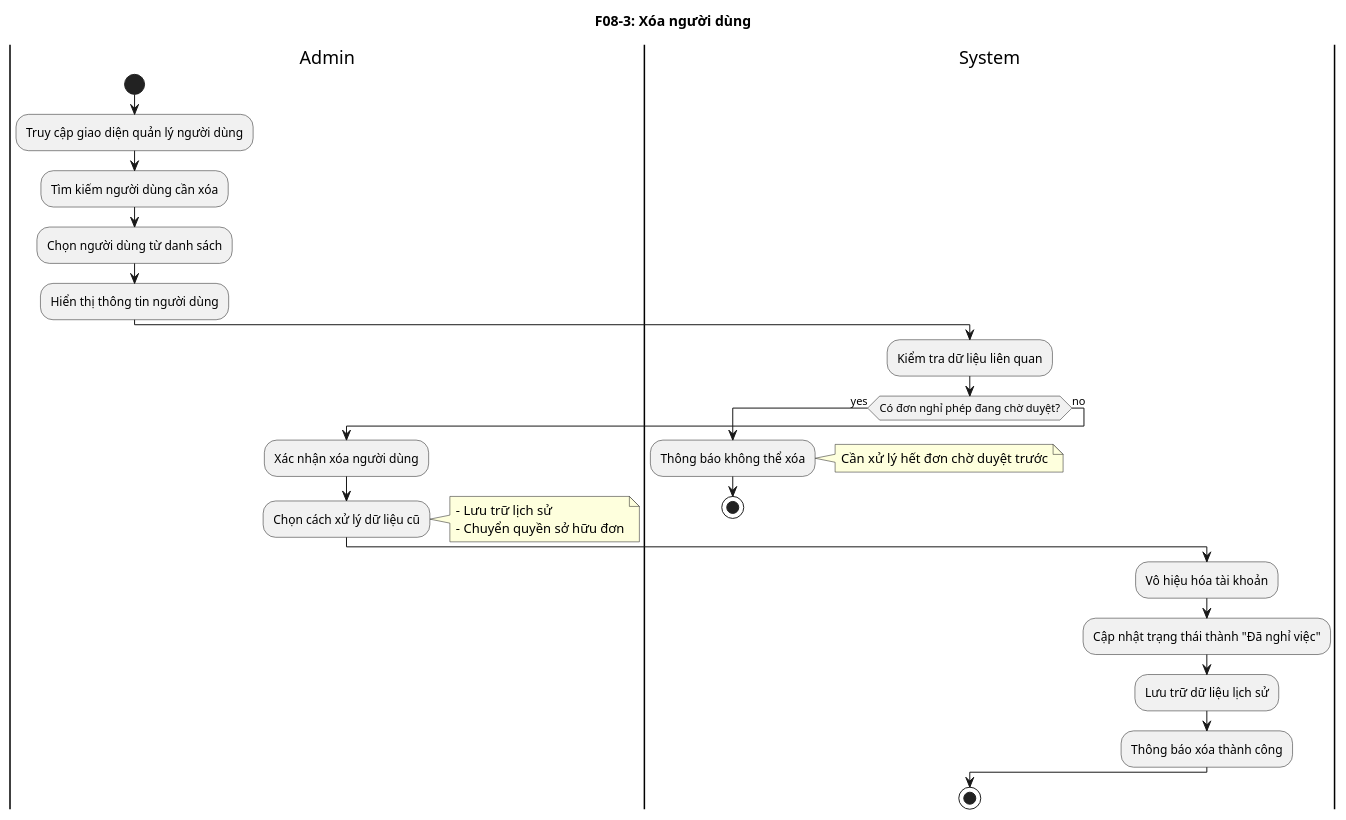
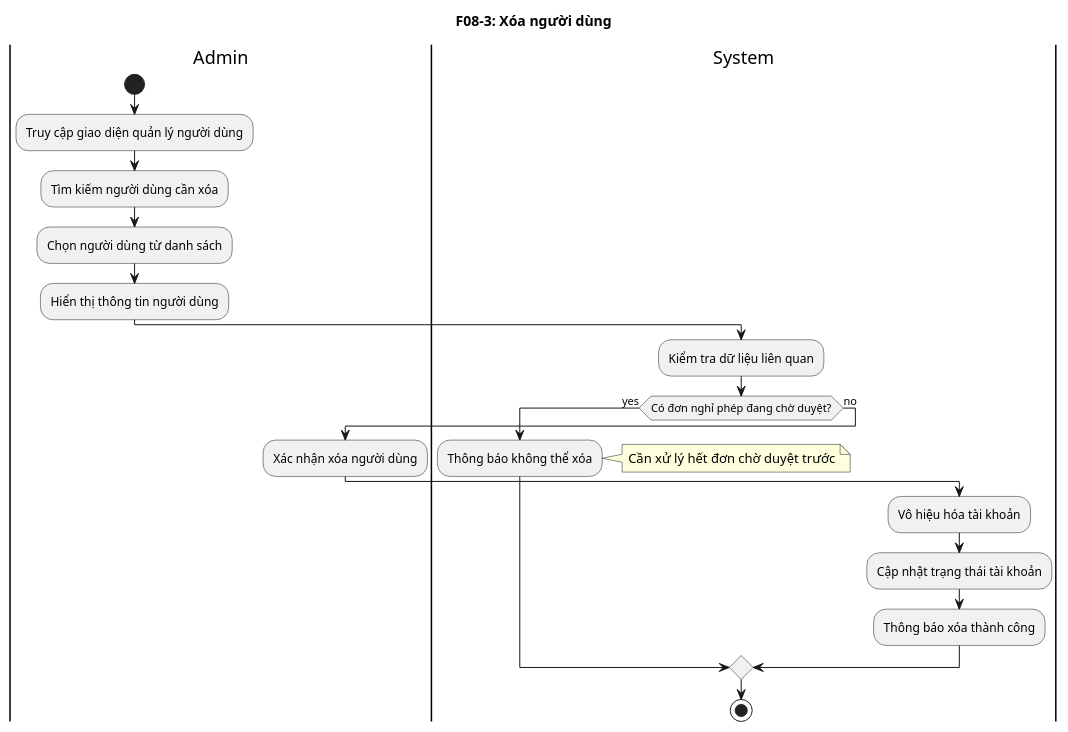
Diagram 15 of 34 in activity_diagrams.puml (hoangh-e/PowerAppp_AppNghiPhep), drawn with PlantUML before and after one commit. The commit also changed other lines of this file and 25 other files, not shown here.

```diff
--- a/activity_diagrams.puml
+++ b/activity_diagrams.puml
@@ -374,30 +368,24 @@
 @startuml F08_3_Delete_User
 title F08-3: Xóa người dùng
 |Admin|
 start
 :Truy cập giao diện quản lý người dùng;
 :Tìm kiếm người dùng cần xóa;
 :Chọn người dùng từ danh sách;
 :Hiển thị thông tin người dùng;
 |System|
 :Kiểm tra dữ liệu liên quan;
 if (Có đơn nghỉ phép đang chờ duyệt?) then (yes)
   :Thông báo không thể xóa;
   note right: Cần xử lý hết đơn chờ duyệt trước
-  stop
+  
 else (no)
   |Admin|
   :Xác nhận xóa người dùng;
-  :Chọn cách xử lý dữ liệu cũ;
-  note right
-  - Lưu trữ lịch sử
-  - Chuyển quyền sở hữu đơn
-  end note
   |System|
   :Vô hiệu hóa tài khoản;
-  :Cập nhật trạng thái thành "Đã nghỉ việc";
-  :Lưu trữ dữ liệu lịch sử;
+  :Cập nhật trạng thái tài khoản;
   :Thông báo xóa thành công;
 endif
 stop
 @enduml
```
